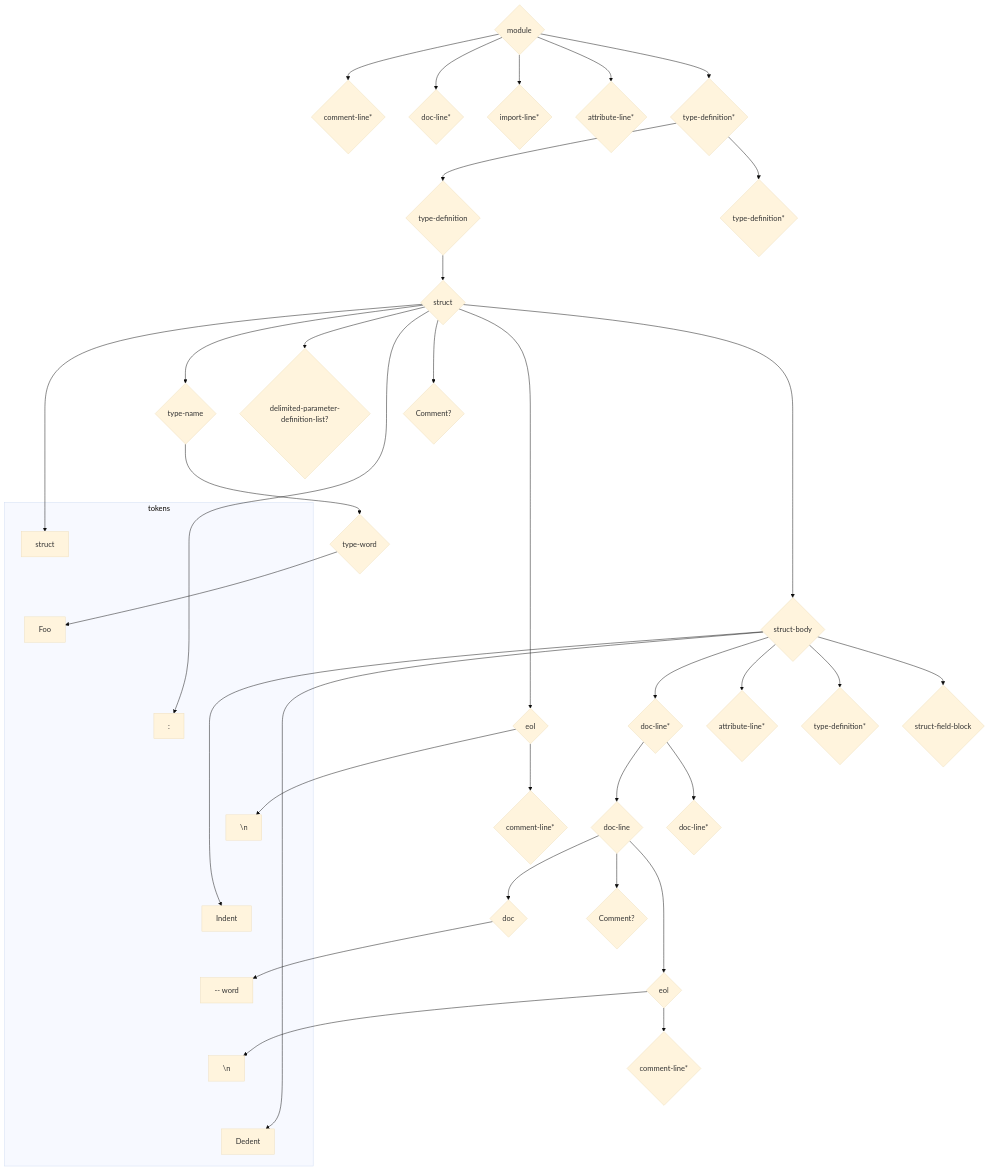
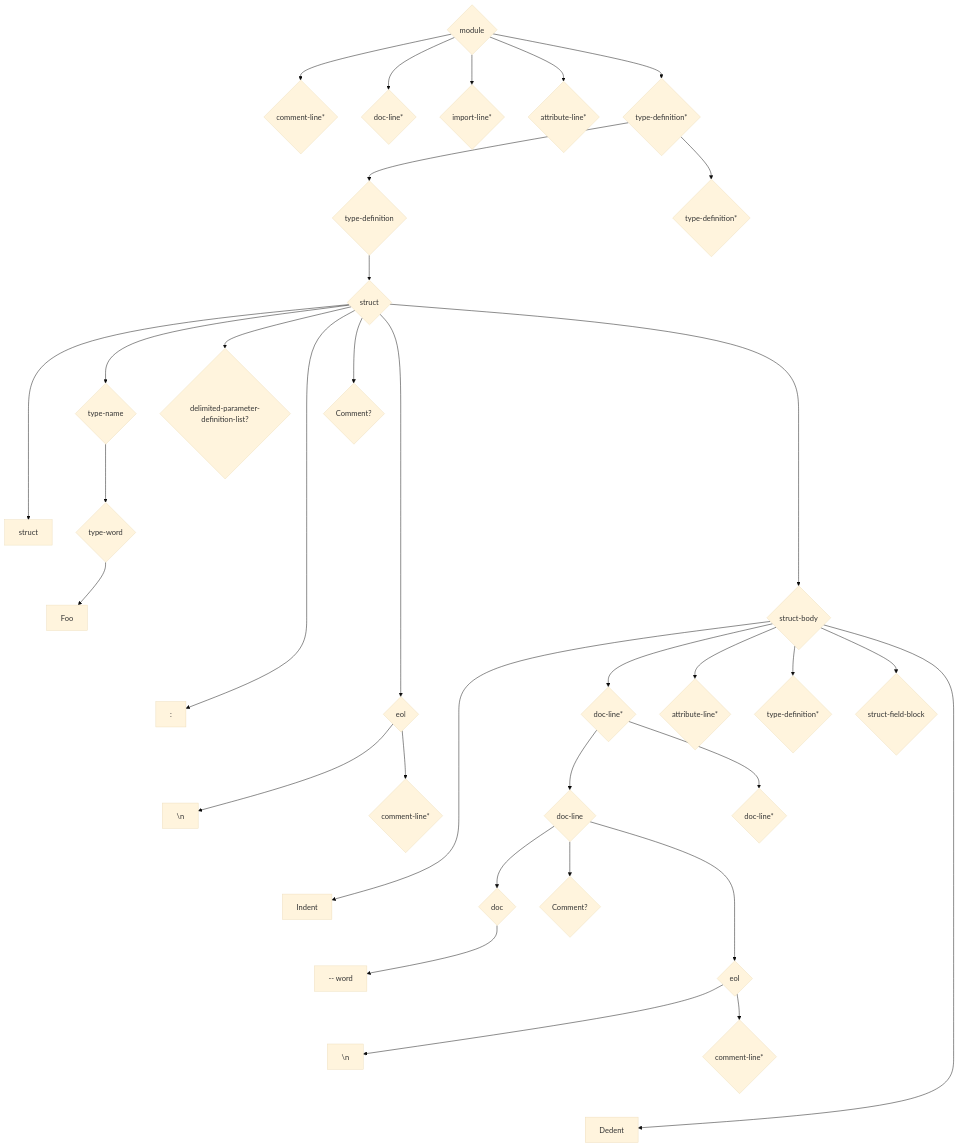
Before and after one commit to reventlov/emboss: the seventh of 7 diagrams in doc/design.md, drawn with Mermaid (base theme).

````diff
--- a/doc/design.md
+++ b/doc/design.md
@@ -472,73 +472,71 @@
 ```mermaid
 graph TD
     r0@{shape: diamond, label: "module"}
     r0 --> r1
     r0 --> r2
     r0 --> r3
     r0 --> r4
     r0 --> r5
     r1@{shape: diamond, label: "comment-line*"}
     r2@{shape: diamond, label: "doc-line*"}
     r3@{shape: diamond, label: "import-line*"}
     r4@{shape: diamond, label: "attribute-line*"}
     r5@{shape: diamond, label: "type-definition*"}
     r5 --> r6
     r5 --> r25
     r6@{shape: diamond, label: "type-definition"}
     r6 --> r7
     r7@{shape: diamond, label: "struct"}
     r7 --> t0
     r7 --> r8
     r7 --> r10
     r7 --> t2
     r7 --> r11
     r7 --> r12
     r7 --> r14
     r8@{shape: diamond, label: "type-name"}
     r8 --> r9
     r9@{shape: diamond, label: "type-word"}
     r9 --> t1
     r10@{shape: diamond, label: "delimited-parameter-definition-list?"}
     r11@{shape: diamond, label: "Comment?"}
     r12@{shape: diamond, label: "eol"}
     r12 --> t3
     r12 --> r13
     r13@{shape: diamond, label: "comment-line*"}
     r14@{shape: diamond, label: "struct-body"}
     r14 --> t4
     r14 --> r15
     r14 --> r22
     r14 --> r23
     r14 --> r24
     r14 --> t7
     r15@{shape: diamond, label: "doc-line*"}
     r15 --> r16
     r15 --> r21
     r16@{shape: diamond, label: "doc-line"}
     r16 --> r17
     r16 --> r18
     r16 --> r19
     r17@{shape: diamond, label: "doc"}
     r17 --> t5
     r18@{shape: diamond, label: "Comment?"}
     r19@{shape: diamond, label: "eol"}
     r19 --> t6
     r19 --> r20
     r20@{shape: diamond, label: "comment-line*"}
     r21@{shape: diamond, label: "doc-line*"}
     r22@{shape: diamond, label: "attribute-line*"}
     r23@{shape: diamond, label: "type-definition*"}
     r24@{shape: diamond, label: "struct-field-block"}
     r25@{shape: diamond, label: "type-definition*"}
-  subgraph tokens
     t0 ~~~ t1 ~~~ t2 ~~~ t3 ~~~ t4 ~~~ t5 ~~~ t6 ~~~ t7
     t0@{shape: rect, label: "struct"}
     t1@{shape: rect, label: "Foo"}
     t2@{shape: rect, label: ":"}
     t3@{shape: rect, label: "\\n"}
     t4@{shape: rect, label: "Indent"}
     t5@{shape: rect, label: "-- word"}
     t6@{shape: rect, label: "\\n"}
     t7@{shape: rect, label: "Dedent"}
-  end
 ```
````
